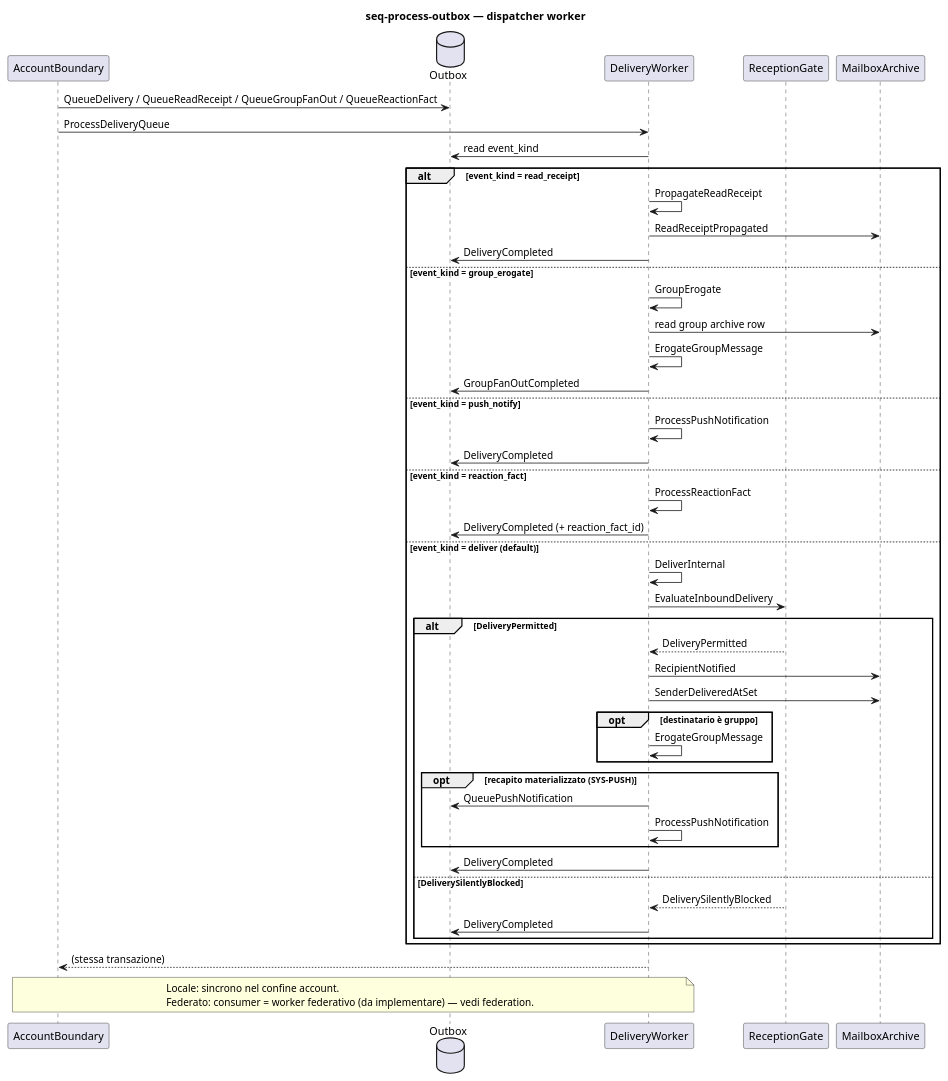
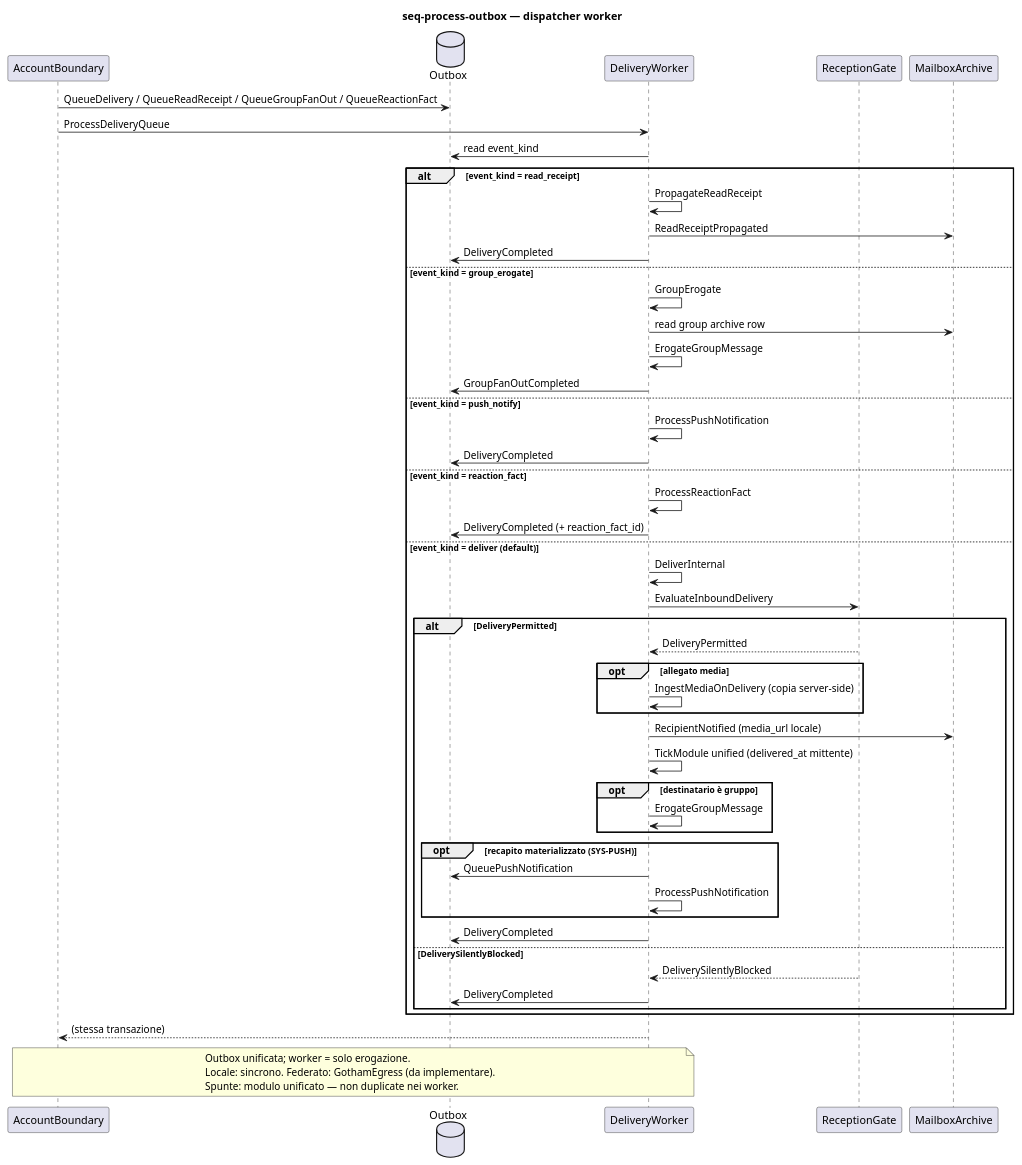
Before and after one commit to alfred-im/alfred-im: the diagram in docs/model/uml/delivery/seq-process-outbox.puml, drawn with PlantUML. The commit also changed 18 other files, not shown here.

First line of the commit message:
docs(federation): allinea piattaforma alle 6 obiezioni modello Gotham

```diff
--- a/docs/model/uml/delivery/seq-process-outbox.puml
+++ b/docs/model/uml/delivery/seq-process-outbox.puml
@@ -1,64 +1,68 @@
 @startuml seq-process-outbox
 ' Context: delivery
 ' Profile: platform
 ' Command: ProcessDeliveryQueue
 ' SDD: SYS-DELIVERY-011
-' Revision: 2026-09-05
+' Revision: 2026-09-15
 
 title seq-process-outbox — dispatcher worker
 
 participant "AccountBoundary" as AB
 database "Outbox" as OB
 participant "DeliveryWorker" as DW
 participant "ReceptionGate" as GATE
 participant "MailboxArchive" as MSG
 
 AB -> OB : QueueDelivery / QueueReadReceipt / QueueGroupFanOut / QueueReactionFact
 AB -> DW : ProcessDeliveryQueue
 
 DW -> OB : read event_kind
 
 alt event_kind = read_receipt
   DW -> DW : PropagateReadReceipt
   DW -> MSG : ReadReceiptPropagated
   DW -> OB : DeliveryCompleted
 else event_kind = group_erogate
   DW -> DW : GroupErogate
   DW -> MSG : read group archive row
   DW -> DW : ErogateGroupMessage
   DW -> OB : GroupFanOutCompleted
 else event_kind = push_notify
   DW -> DW : ProcessPushNotification
   DW -> OB : DeliveryCompleted
 else event_kind = reaction_fact
   DW -> DW : ProcessReactionFact
   DW -> OB : DeliveryCompleted (+ reaction_fact_id)
 else event_kind = deliver (default)
   DW -> DW : DeliverInternal
   DW -> GATE : EvaluateInboundDelivery
   alt DeliveryPermitted
     GATE --> DW : DeliveryPermitted
-    DW -> MSG : RecipientNotified
-    DW -> MSG : SenderDeliveredAtSet
+    opt allegato media
+      DW -> DW : IngestMediaOnDelivery (copia server-side)
+    end
+    DW -> MSG : RecipientNotified (media_url locale)
+    DW -> DW : TickModule unified (delivered_at mittente)
     opt destinatario è gruppo
       DW -> DW : ErogateGroupMessage
     end
     opt recapito materializzato (SYS-PUSH)
       DW -> OB : QueuePushNotification
       DW -> DW : ProcessPushNotification
     end
     DW -> OB : DeliveryCompleted
   else DeliverySilentlyBlocked
     GATE --> DW : DeliverySilentlyBlocked
     DW -> OB : DeliveryCompleted
   end
 end
 
 DW --> AB : (stessa transazione)
 
 note over AB, DW
-  Locale: sincrono nel confine account.
-  Federato: consumer = worker federativo (da implementare) — vedi federation.
+  Outbox unificata; worker = solo erogazione.
+  Locale: sincrono. Federato: GothamEgress (da implementare).
+  Spunte: modulo unificato — non duplicate nei worker.
 end note
 
 @enduml
```
